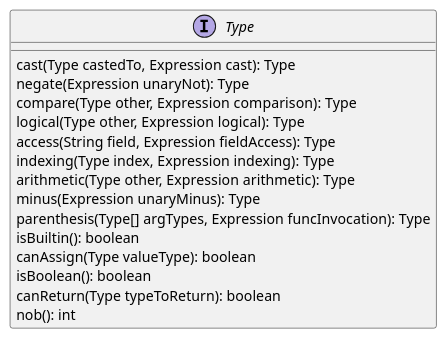
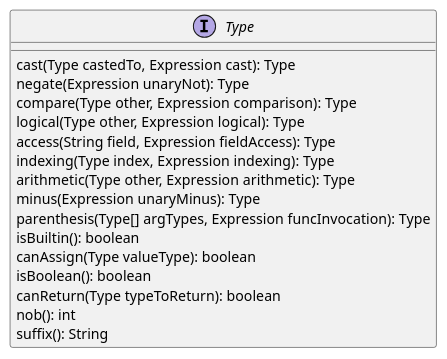
One commit to InigoGutierrez/CmmCompiler changed the diagram in diagrams/type.pu. Above: the diagram before and after it, drawn with PlantUML. The commit also changed 102 other files, not shown here.

```diff
--- a/diagrams/type.pu
+++ b/diagrams/type.pu
@@ -1,22 +1,23 @@
 @startuml
 
 interface Type
 
 interface Type {
     cast(Type castedTo, Expression cast): Type
     negate(Expression unaryNot): Type
     compare(Type other, Expression comparison): Type
     logical(Type other, Expression logical): Type
     access(String field, Expression fieldAccess): Type
     indexing(Type index, Expression indexing): Type
     arithmetic(Type other, Expression arithmetic): Type
     minus(Expression unaryMinus): Type
     parenthesis(Type[] argTypes, Expression funcInvocation): Type
     isBuiltin(): boolean
     canAssign(Type valueType): boolean
     isBoolean(): boolean
     canReturn(Type typeToReturn): boolean
     nob(): int
+    suffix(): String
 }
 
 @enduml
```
